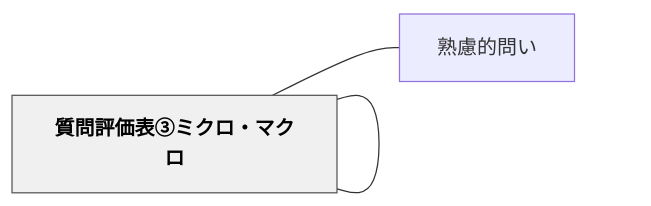
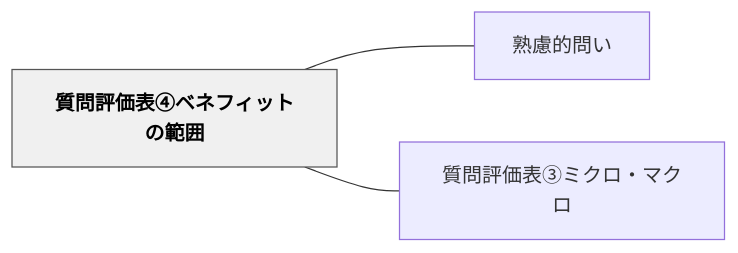
Before and after one commit to unknownthings-ed-patterns/unknownthings-ed-patterns: the diagram in content/パタン/質問評価表④ベネフィットの範囲.md, drawn with Mermaid. The commit also changed 527 other files, not shown here.

````diff
--- a/content/パタン/質問評価表④ベネフィットの範囲.md
+++ b/content/パタン/質問評価表④ベネフィットの範囲.md
@@ -47,12 +47,12 @@
 ```mermaid
 flowchart LR
-    ne8b3aae5958f["質問評価表④ベネフィットの範囲"]
-    ne7869fe685ae["熟慮的問い"]
-    ne8b3aae5958f["質問評価表③ミクロ・マクロ"]
+    ne8b3aae5958fe8a995e4bea1e8a1a8e291a3e38399e3838de38395e382a3e38383e38388e381aee7af84e59bb2["質問評価表④ベネフィットの範囲"]
+    ne7869fe685aee79a84e5958fe38184["熟慮的問い"]
+    ne8b3aae5958fe8a995e4bea1e8a1a8e291a2e3839fe382afe383ade383bbe3839ee382afe383ad["質問評価表③ミクロ・マクロ"]
 
-    ne8b3aae5958f --- ne7869fe685ae
-    ne8b3aae5958f --- ne8b3aae5958f
+    ne8b3aae5958fe8a995e4bea1e8a1a8e291a3e38399e3838de38395e382a3e38383e38388e381aee7af84e59bb2 --- ne7869fe685aee79a84e5958fe38184
+    ne8b3aae5958fe8a995e4bea1e8a1a8e291a3e38399e3838de38395e382a3e38383e38388e381aee7af84e59bb2 --- ne8b3aae5958fe8a995e4bea1e8a1a8e291a2e3839fe382afe383ade383bbe3839ee382afe383ad
 
     classDef hub fill:#f0f0f0,stroke:#555,color:#000,font-weight:bold
-    class ne8b3aae5958f hub
+    class ne8b3aae5958fe8a995e4bea1e8a1a8e291a3e38399e3838de38395e382a3e38383e38388e381aee7af84e59bb2 hub
 ```
````
